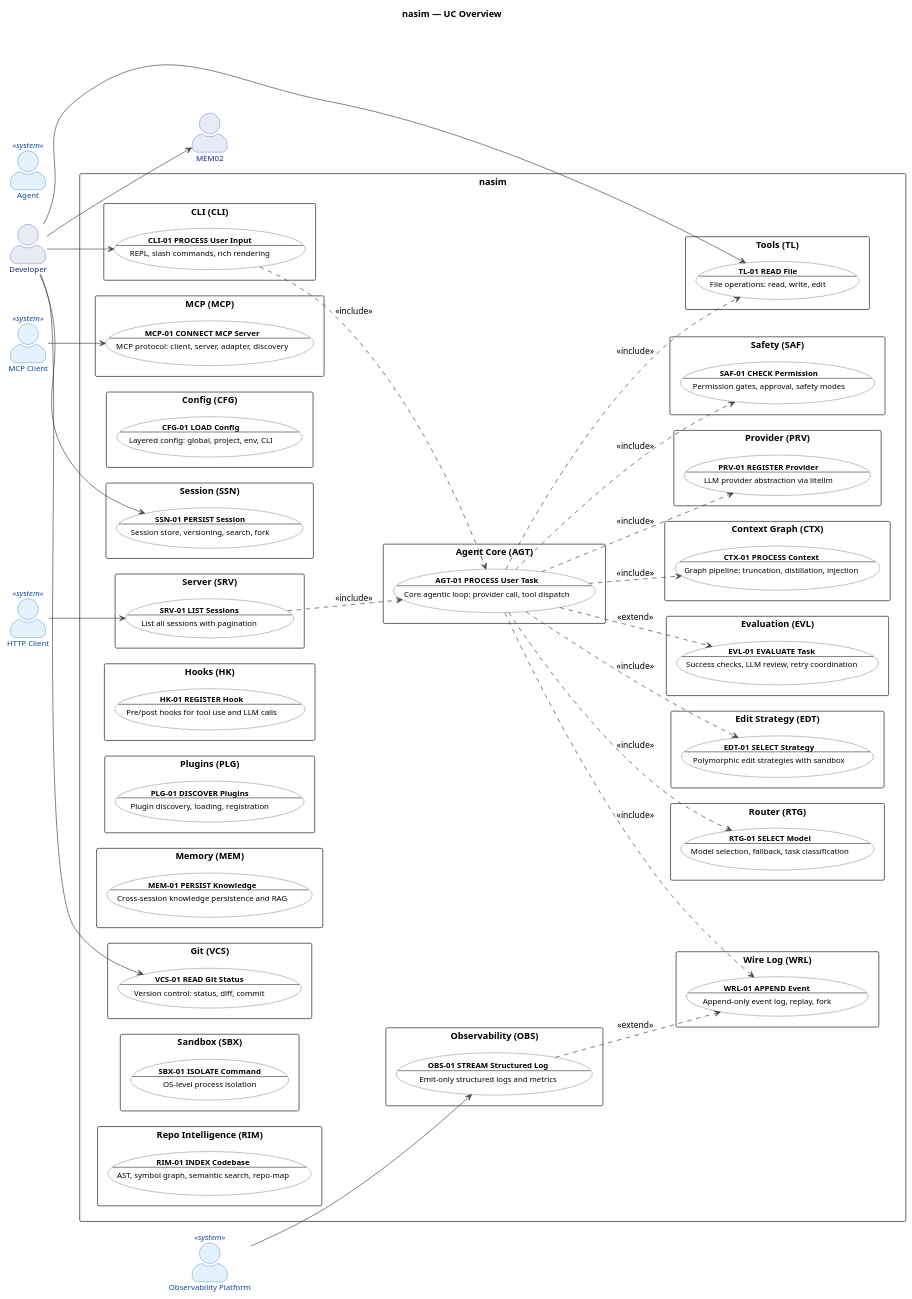
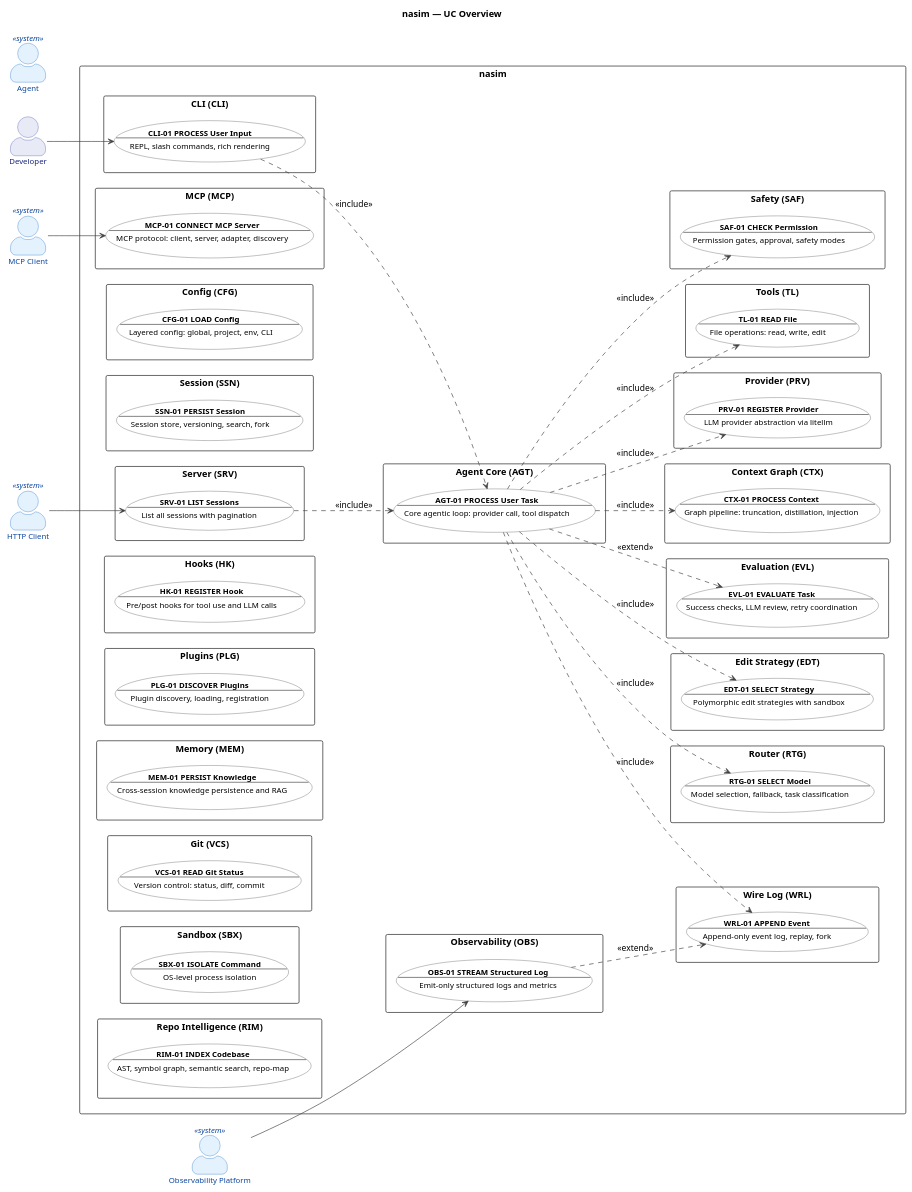
Diagram 15 of 22 in UC.md (salimnamvar/nasim), drawn with PlantUML before and after one commit. The commit also changed other lines of this file and 9 other files, not shown here.

```diff
--- a/UC.md
+++ b/UC.md
@@ -1523,10 +1553,6 @@
 ' ============================================================
 
 Developer --> CLI01
-Developer --> TL01
-Developer --> SSN01
-Developer --> VCS01
-Developer --> MEM02
 HTTPClient --> SRV01
 MCPClient --> MCP01
 Platform --> OBS01
```
